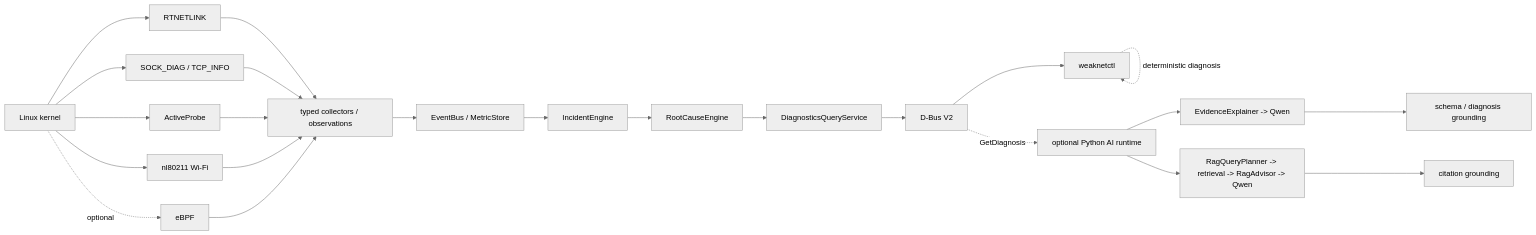
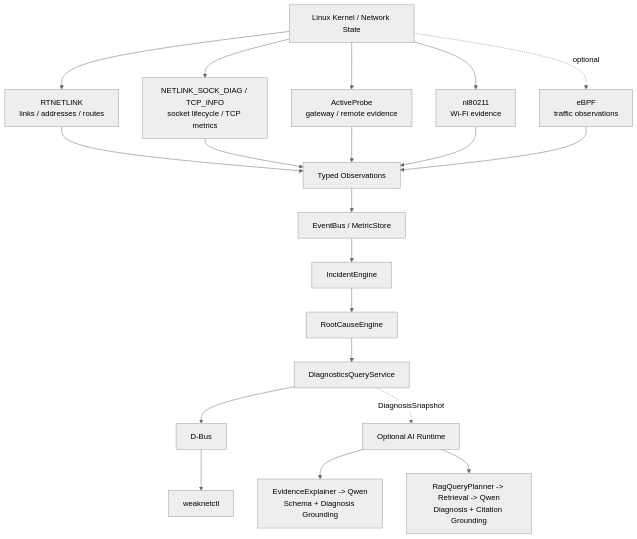
Before and after one commit to LiuKaiDev/WeakNet-AI-Diagnostics: the diagram in README.md, drawn with Mermaid (neutral theme). The commit also changed other lines of this file and 74 other files, not shown here.

````diff
--- a/README.md
+++ b/README.md
@@ -41,25 +30,26 @@
 ```mermaid
-flowchart LR
-    K["Linux kernel"] --> N["RTNETLINK"]
-    K --> S["SOCK_DIAG / TCP_INFO"]
-    K --> P["ActiveProbe"]
-    K --> W["nl80211 Wi-Fi"]
-    K -. optional .-> B["eBPF"]
-    N --> C["typed collectors / observations"]
-    S --> C
-    P --> C
-    W --> C
-    B --> C
-    C --> E["EventBus / MetricStore"]
-    E --> I["IncidentEngine"]
-    I --> R["RootCauseEngine"]
-    R --> Q["DiagnosticsQueryService"]
-    Q --> D["D-Bus V2"]
-    D --> CLI["weaknetctl"]
-    CLI -. deterministic diagnosis .-> CLI
-    D -. GetDiagnosis .-> X["optional Python AI runtime"]
-    X --> EX["EvidenceExplainer -> Qwen"]
-    X --> RA["RagQueryPlanner -> retrieval -> RagAdvisor -> Qwen"]
-    EX --> G["schema / diagnosis grounding"]
-    RA --> CG["citation grounding"]
+flowchart TB
+    K["Linux Kernel / Network State"]
+    K --> RT["RTNETLINK<br/>links / addresses / routes"]
+    K --> SD["NETLINK_SOCK_DIAG / TCP_INFO<br/>socket lifecycle / TCP metrics"]
+    K --> AP["ActiveProbe<br/>gateway / remote evidence"]
+    K --> WF["nl80211<br/>Wi-Fi evidence"]
+    K -. optional .-> EB["eBPF<br/>traffic observations"]
+
+    RT --> OBS["Typed Observations"]
+    SD --> OBS
+    AP --> OBS
+    WF --> OBS
+    EB --> OBS
+
+    OBS --> BUS["EventBus / MetricStore"]
+    BUS --> IE["IncidentEngine"]
+    IE --> RC["RootCauseEngine"]
+    RC --> QS["DiagnosticsQueryService"]
+    QS --> DB["D-Bus"]
+    DB --> CLI["weaknetctl"]
+
+    QS -. DiagnosisSnapshot .-> AI["Optional AI Runtime"]
+    AI --> EX["EvidenceExplainer -> Qwen<br/>Schema + Diagnosis Grounding"]
+    AI --> RAG["RagQueryPlanner -> Retrieval -> Qwen<br/>Diagnosis + Citation Grounding"]
 ```
````
